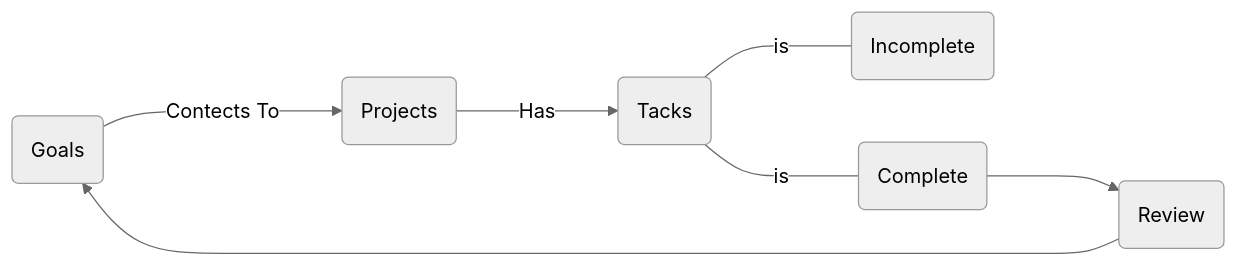
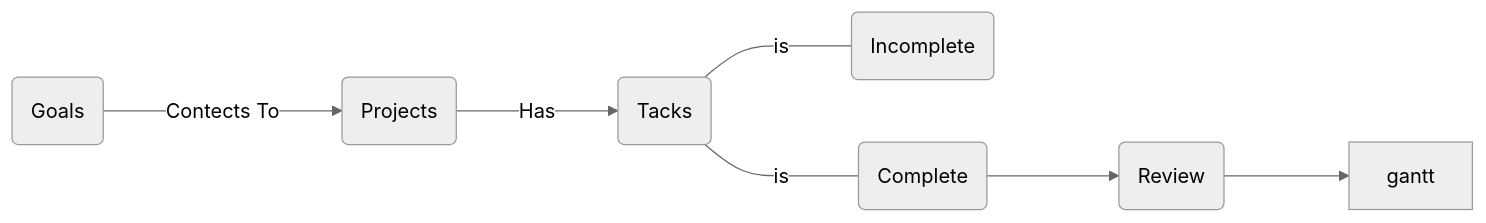
One commit to JerryOh/iodraw-files changed the diagram in all/未命名-2.md. Above: the diagram before and after it, drawn with Mermaid (neutral theme).

Commit message:
2024-06-06 23:58:49 update

````diff
--- a/all/未命名-2.md
+++ b/all/未命名-2.md
@@ -1,8 +1,8 @@
 ```mermaid
 flowchart LR
 G(Goals) ---> |Contects To| P(Projects)
 P ---> |Has| PT(Tacks)
 PT ---- |is| IC(Incomplete) &  C(Complete)
 C ---> R(Review)
-R ---> G
+R ---> gantt
 ```
````
